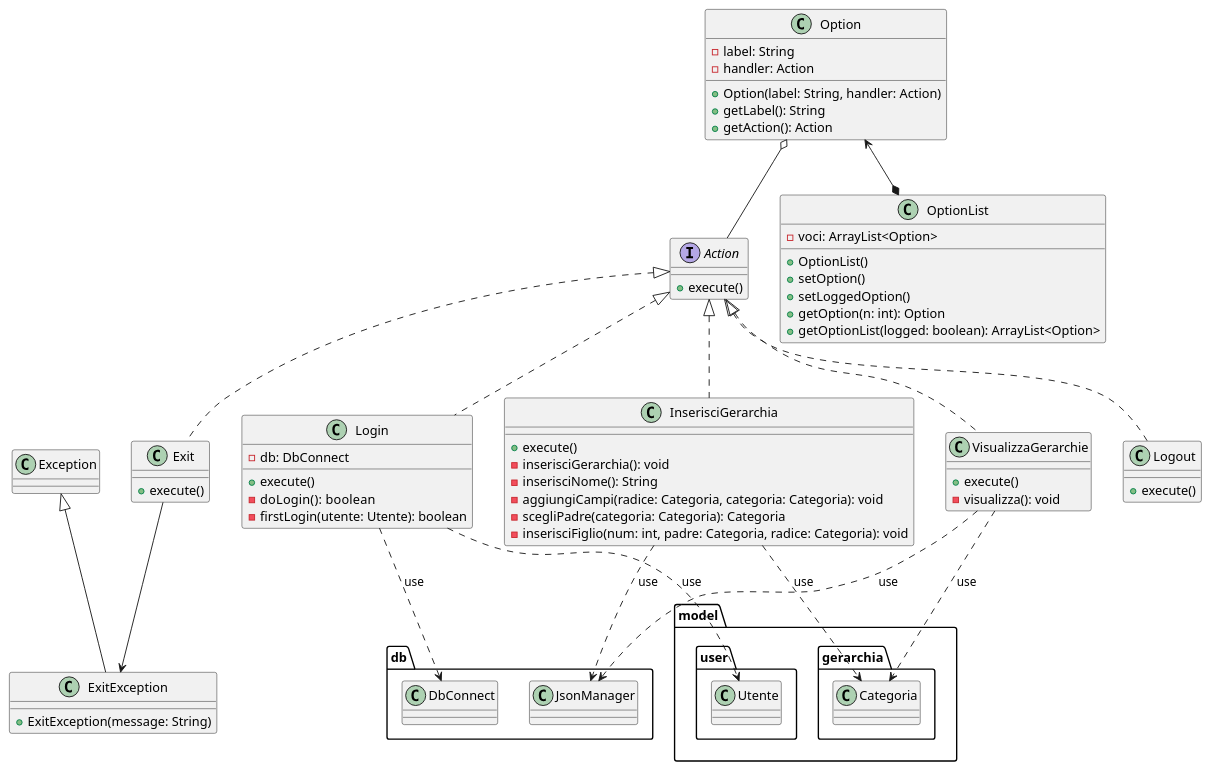
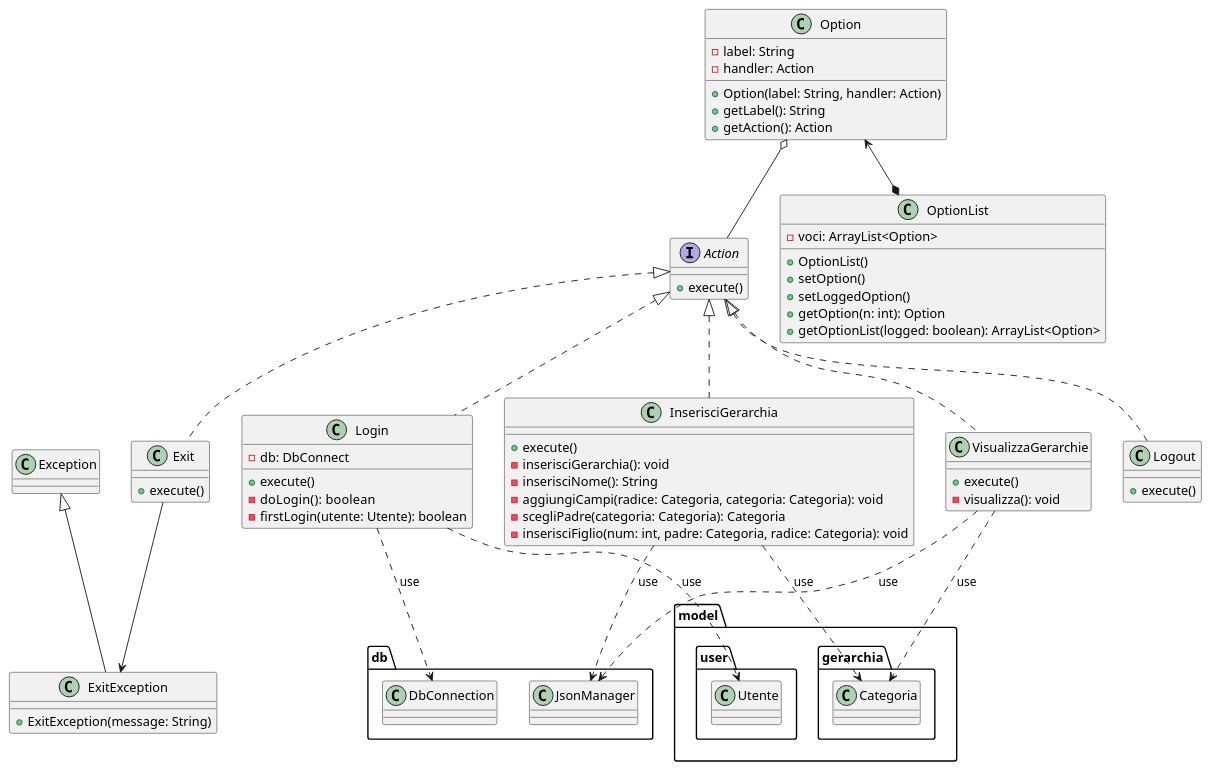
One commit to bernagit/IngegneriaSoftware changed the diagram in Documentation/Ver1/controller.puml. Above: the diagram before and after it, drawn with PlantUML. The commit also changed 6 other files, not shown here.

```diff
--- a/Documentation/Ver1/controller.puml
+++ b/Documentation/Ver1/controller.puml
@@ -1,70 +1,70 @@
 @startuml controller
 
 interface Action{
     +execute()
 }
 
 class Option{
     -label: String
     -handler: Action
     +Option(label: String, handler: Action)
     +getLabel(): String
     +getAction(): Action
 }
 
 class OptionList{
     -voci: ArrayList<Option>
     +OptionList()
     +setOption()
     +setLoggedOption()
     +getOption(n: int): Option
     +getOptionList(logged: boolean): ArrayList<Option>
 }
 
 Option <--* OptionList
 Option o-- Action
 
 class ExitException extends Exception{
     +ExitException(message: String)
 }
 class Exit implements Action{
     +execute()
 }
 
 Exit --> ExitException
 
 class Login implements Action{
     -db: DbConnect
     +execute()
     -doLogin():  boolean
     -firstLogin(utente: Utente): boolean
 }
 
 class Logout implements Action{
     +execute()
 }
 
 class InserisciGerarchia implements Action{
     +execute()
     -inserisciGerarchia(): void
     -inserisciNome(): String
     -aggiungiCampi(radice: Categoria, categoria: Categoria): void
     -scegliPadre(categoria: Categoria): Categoria
     -inserisciFiglio(num: int, padre: Categoria, radice: Categoria): void
 
 }
 
 class VisualizzaGerarchie implements Action{
     +execute()
     -visualizza(): void
 }
 
 Login ..> model.user.Utente: use
-Login ..> db.DbConnect: use
+Login ..> db.DbConnection: use
 InserisciGerarchia ..> model.gerarchia.Categoria: use
 VisualizzaGerarchie ..> model.gerarchia.Categoria: use
 InserisciGerarchia ..> db.JsonManager: use
 VisualizzaGerarchie ..> db.JsonManager: use
 
 
 @enduml
```
